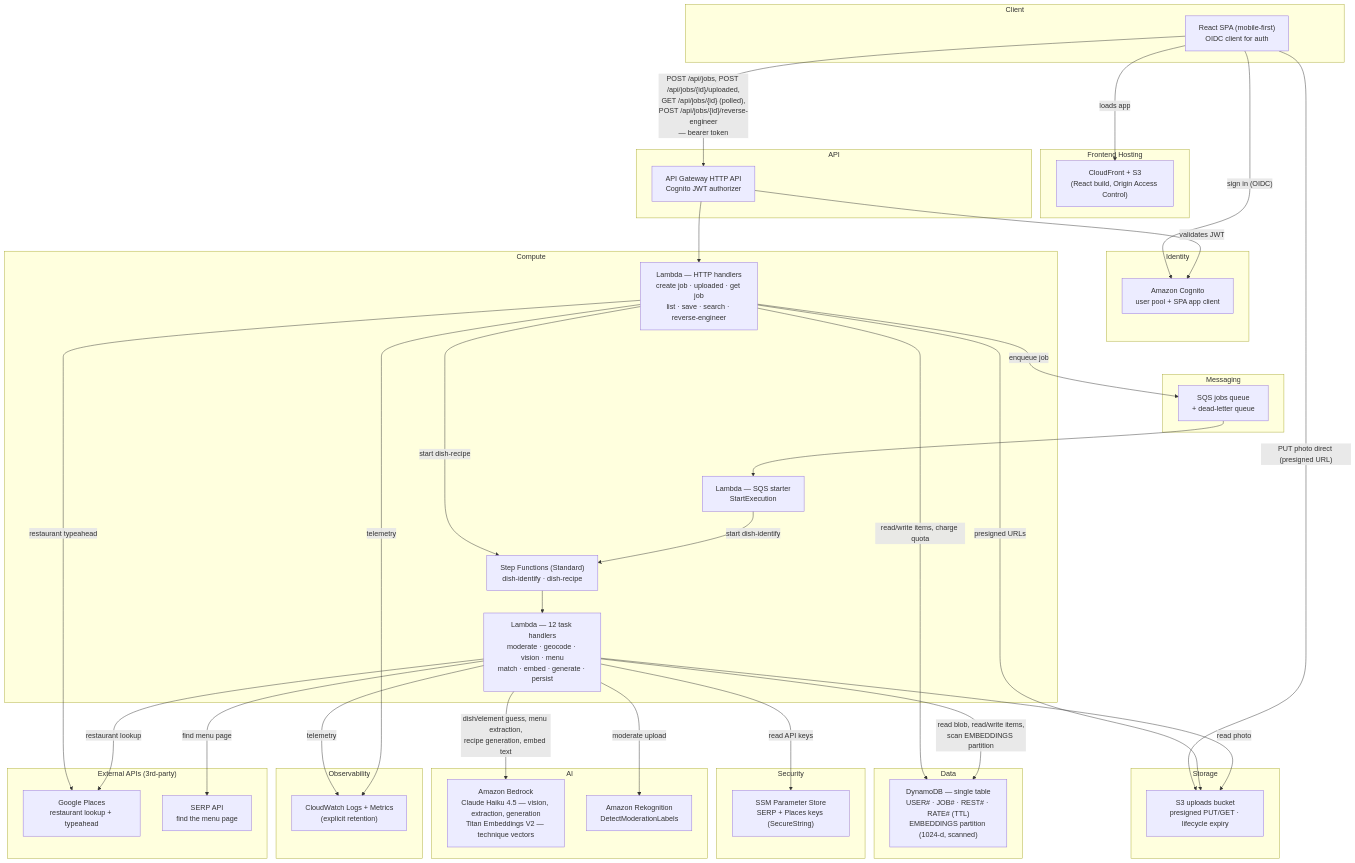
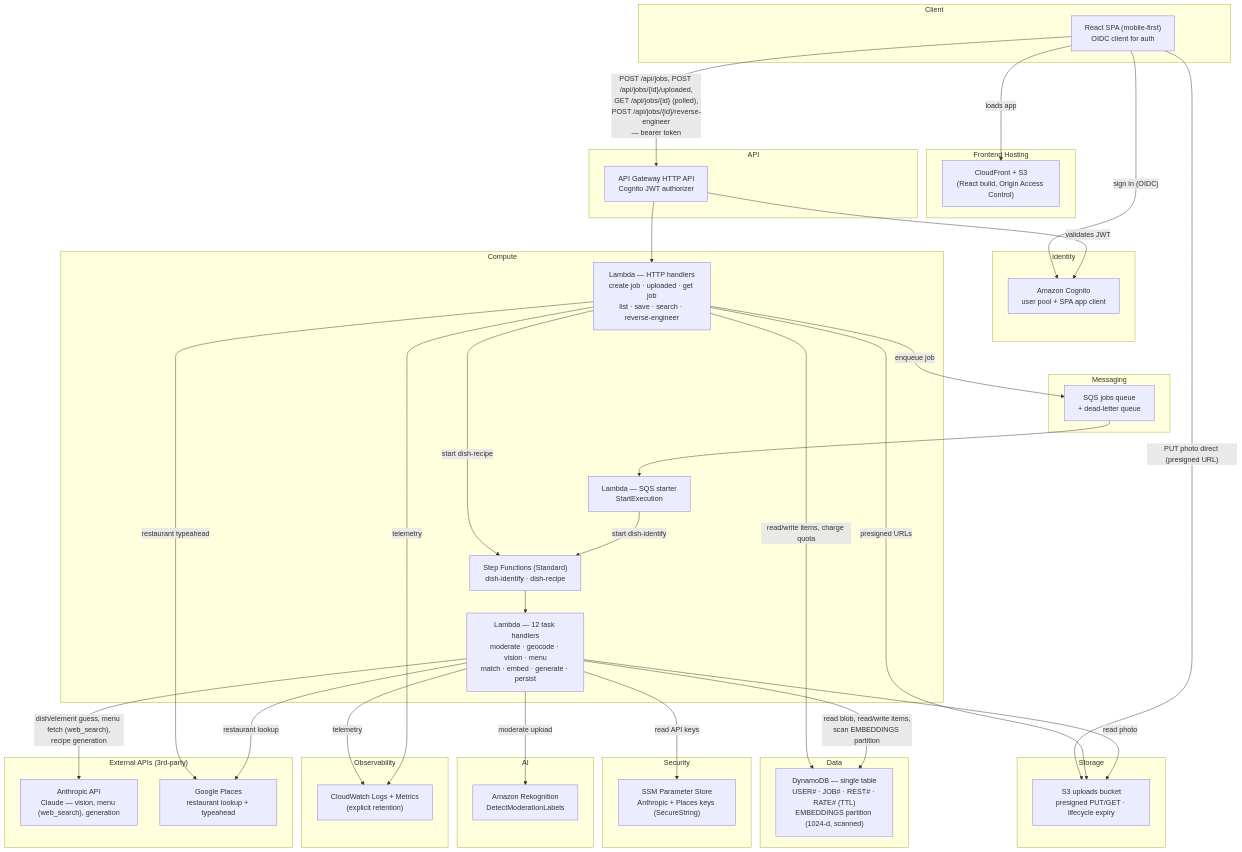
One commit to joelwood420/Replate changed the diagram in docs/architecture.md. Above: the diagram before and after it, drawn with Mermaid. The commit also changed other lines of this file and 19 other files, not shown here.

First line of the commit message:
Switch model calls from Amazon Bedrock to the first-party Anthropic API

````diff
--- a/docs/architecture.md
+++ b/docs/architecture.md
@@ -29,82 +30,80 @@
 ```mermaid
 flowchart TB
     subgraph Client["Client"]
         Browser["React SPA (mobile-first)<br/>OIDC client for auth"]
     end
 
     subgraph Identity["Identity"]
         Cognito["Amazon Cognito<br/>user pool + SPA app client"]
     end
 
     subgraph Hosting["Frontend Hosting"]
         CF["CloudFront + S3<br/>(React build, Origin Access Control)"]
     end
 
     subgraph Edge["API"]
         APIGW["API Gateway HTTP API<br/>Cognito JWT authorizer"]
     end
 
     subgraph Compute["Compute"]
         HttpFns["Lambda — HTTP handlers<br/>create job · uploaded · get job<br/>list · save · search · reverse-engineer"]
         Starter["Lambda — SQS starter<br/>StartExecution"]
         SFN["Step Functions (Standard)<br/>dish-identify · dish-recipe"]
         TaskFns["Lambda — 12 task handlers<br/>moderate · geocode · vision · menu<br/>match · embed · generate · persist"]
     end
 
     subgraph Messaging["Messaging"]
         SQS["SQS jobs queue<br/>+ dead-letter queue"]
     end
 
     subgraph Storage["Storage"]
         S3U["S3 uploads bucket<br/>presigned PUT/GET · lifecycle expiry"]
     end
 
     subgraph Data["Data"]
         DDB["DynamoDB — single table<br/>USER# · JOB# · REST# · RATE# (TTL)<br/>EMBEDDINGS partition (1024-d, scanned)"]
     end
 
     subgraph Security["Security"]
-        SSM["SSM Parameter Store<br/>SERP + Places keys (SecureString)"]
+        SSM["SSM Parameter Store<br/>Anthropic + Places keys (SecureString)"]
     end
 
     subgraph AI["AI"]
-        Bedrock["Amazon Bedrock<br/>Claude Haiku 4.5 — vision, extraction, generation<br/>Titan Embeddings V2 — technique vectors"]
         Rek["Amazon Rekognition<br/>DetectModerationLabels"]
     end
 
     subgraph Observability["Observability"]
         CW["CloudWatch Logs + Metrics<br/>(explicit retention)"]
     end
 
     subgraph External["External APIs (3rd-party)"]
+        Anthropic["Anthropic API<br/>Claude — vision, menu (web_search), generation"]
         Places["Google Places<br/>restaurant lookup + typeahead"]
-        Serp["SERP API<br/>find the menu page"]
     end
 
     Browser -- "sign in (OIDC)" --> Cognito
     Browser -- "loads app" --> CF
     Browser -- "POST /api/jobs, POST /api/jobs/{id}/uploaded,<br/>GET /api/jobs/{id} (polled),<br/>POST /api/jobs/{id}/reverse-engineer<br/>— bearer token" --> APIGW
     Browser -- "PUT photo direct (presigned URL)" --> S3U
 
     APIGW -- "validates JWT" --> Cognito
     APIGW --> HttpFns
     HttpFns -- "presigned URLs" --> S3U
     HttpFns -- "enqueue job" --> SQS
     HttpFns -- "read/write items, charge quota" --> DDB
     HttpFns -- "start dish-recipe" --> SFN
     HttpFns -- "restaurant typeahead" --> Places
 
     SQS --> Starter
     Starter -- "start dish-identify" --> SFN
     SFN --> TaskFns
 
     TaskFns -- "moderate upload" --> Rek
-    TaskFns -- "dish/element guess, menu extraction,<br/>recipe generation, embed text" --> Bedrock
-    TaskFns -- "find menu page" --> Serp
+    TaskFns -- "dish/element guess, menu fetch (web_search),<br/>recipe generation" --> Anthropic
     TaskFns -- "restaurant lookup" --> Places
     TaskFns -- "read blob, read/write items,<br/>scan EMBEDDINGS partition" --> DDB
     TaskFns -- "read photo" --> S3U
     TaskFns -- "read API keys" --> SSM
     TaskFns -- "telemetry" --> CW
     HttpFns -- "telemetry" --> CW
 ```
````
